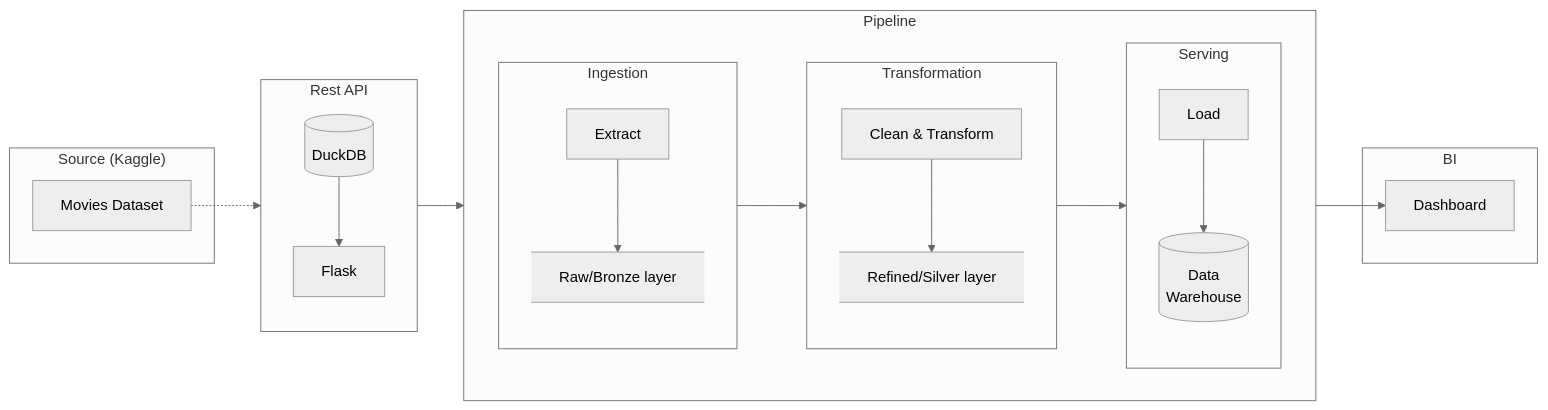
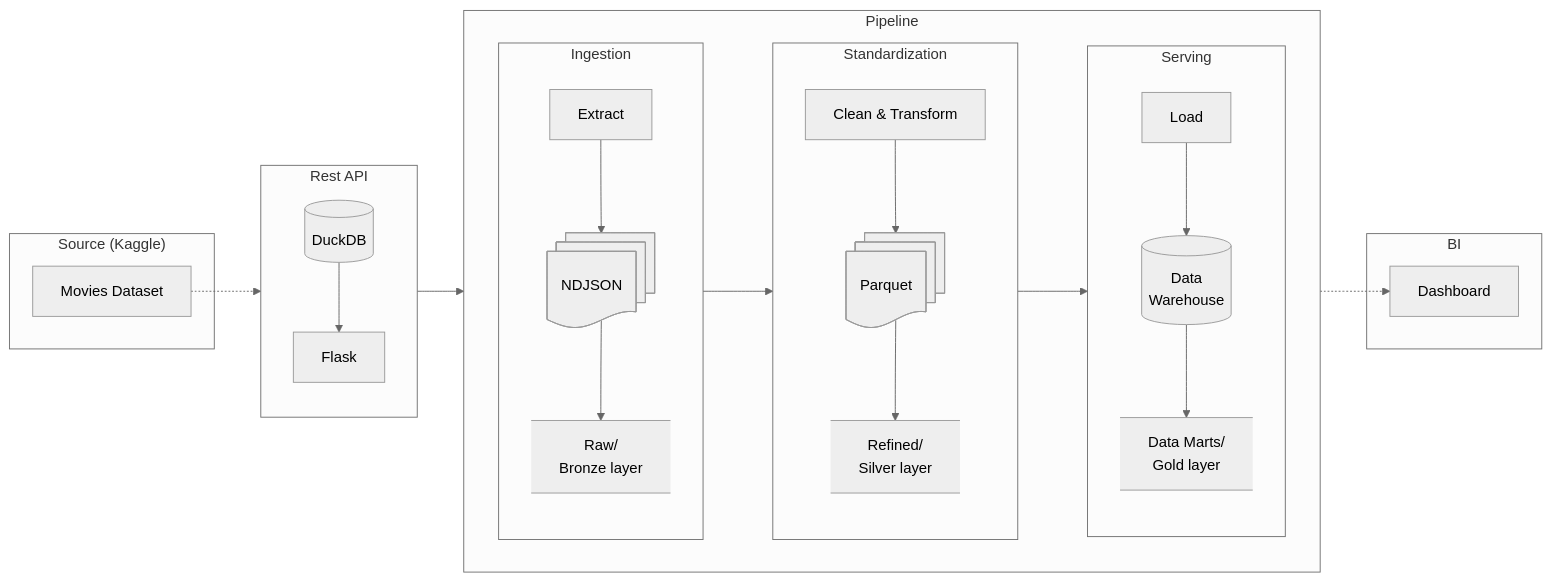
Before and after one commit to QuentinElGuay/portfolio-movies-etl: the diagram in README.md, drawn with Mermaid (neutral theme). The commit also changed other lines of this file, not shown here.

Commit message:
update the architecture and status sections

````diff
--- a/README.md
+++ b/README.md
@@ -36,49 +46,58 @@
 ```mermaid
 flowchart LR
     subgraph "Source (Kaggle)"
-        A[Movies Dataset]
+        KAGGLE[Movies Dataset]
     end
 
     subgraph Rest API
         direction TB
-        B[(DuckDB)]
-        C[Flask]
+        DUCKDB[(DuckDB)]
+        API[Flask]
     end
 
     subgraph Pipeline
         direction LR
 
         subgraph Ingestion
             direction TB
-            D["Extract"]
-            E@{shape: datastore, label: "Raw/Bronze layer"}
+            EXTRACT["Extract"]
+            NDJSON@{ shape: docs, label: "NDJSON" }
+            BRONZE@{shape: datastore, label: "Raw/
+            Bronze layer"}
         end
 
-        subgraph Transformation
+        subgraph Standardization
             direction TB
-            F["Clean & Transform"]
-            G@{shape: datastore, label: "Refined/Silver layer"}
+            CLEAN["Clean & Transform"]
+            PARQUET@{ shape: docs, label: "Parquet" }
+            SILVER@{shape: datastore, label: "Refined/
+            Silver layer"}
         end
 
         subgraph Serving
             direction TB
-            H["Load"]
-            I[(Data
+            LOAD["Load"]
+            DW[(Data
             Warehouse)]
+            GOLD@{shape: datastore, label: "Data Marts/
+            Gold layer"}
         end
     end
 
     subgraph BI
-        J[Dashboard]
+        DASHBOARD[Dashboard]
     end
 
-    A -.-> B
-    B --> C
-    C --> D
-    D --> E
-    E --> F
-    F --> G
-    G --> H
-    H --> I
-    I --> J
+    KAGGLE -.-> DUCKDB
+    DUCKDB --> API
+    API --> EXTRACT
+    EXTRACT --> NDJSON
+    NDJSON --> BRONZE
+    BRONZE --> CLEAN
+    CLEAN --> PARQUET
+    PARQUET --> SILVER
+    SILVER --> LOAD
+    LOAD --> DW
+    DW --> GOLD
+    GOLD -.-> DASHBOARD
 ```
````
